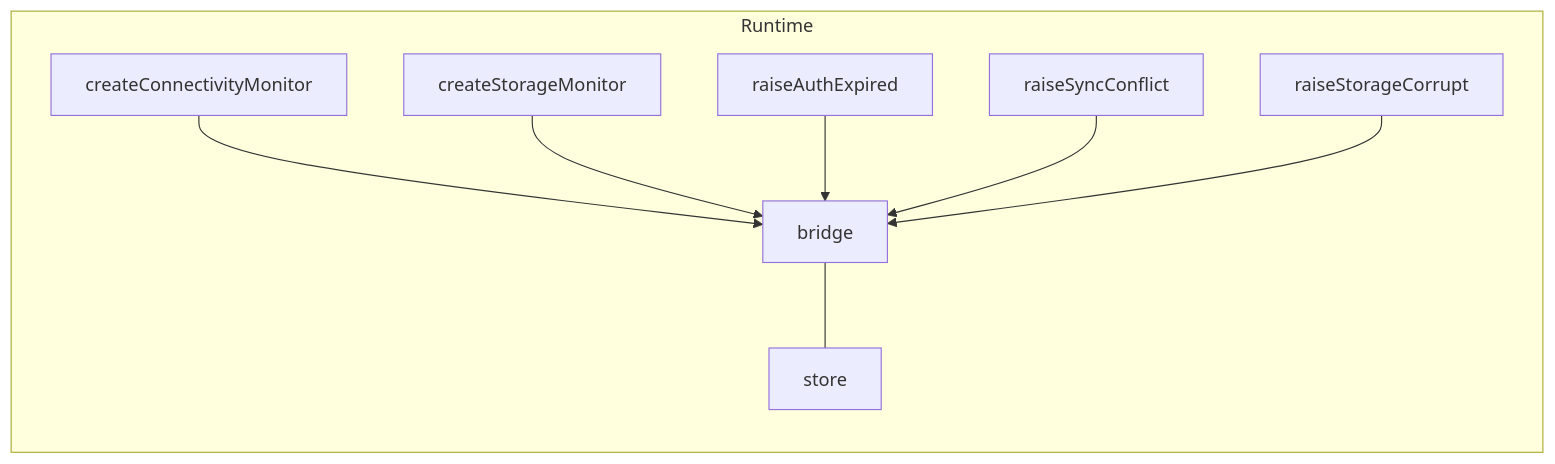
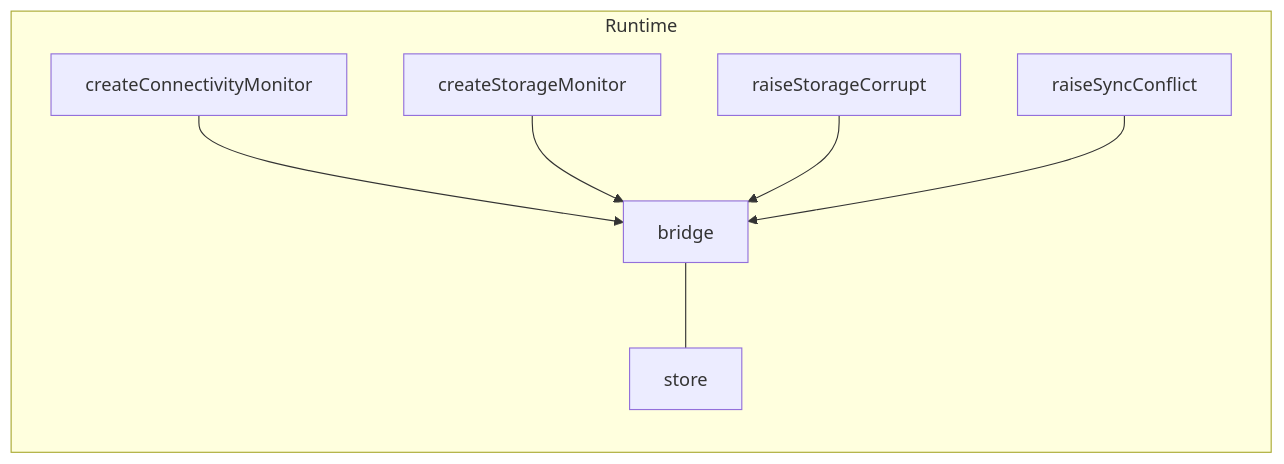
One commit to alph-a07/rival changed the second of 2 diagrams in src/core/runtime/ARCHITECTURE.md. Above: the diagram before and after it, drawn with Mermaid. The commit also changed other lines of this file and 1 other file, not shown here.

Commit message:
feat(coordinator): refactor auth handling by removing raiseAuthExpired and adding setAuthRecovery

````diff
--- a/src/core/runtime/ARCHITECTURE.md
+++ b/src/core/runtime/ARCHITECTURE.md
@@ -86,11 +86,10 @@
 ```mermaid
 flowchart LR
     subgraph Runtime
         B[bridge] --- S[store]
         CM[createConnectivityMonitor] --> B
         SM[createStorageMonitor] --> B
-        RA[raiseAuthExpired] --> B
+        RS[raiseStorageCorrupt] --> B
         RC[raiseSyncConflict] --> B
-        RS[raiseStorageCorrupt] --> B
     end
 ```
````
